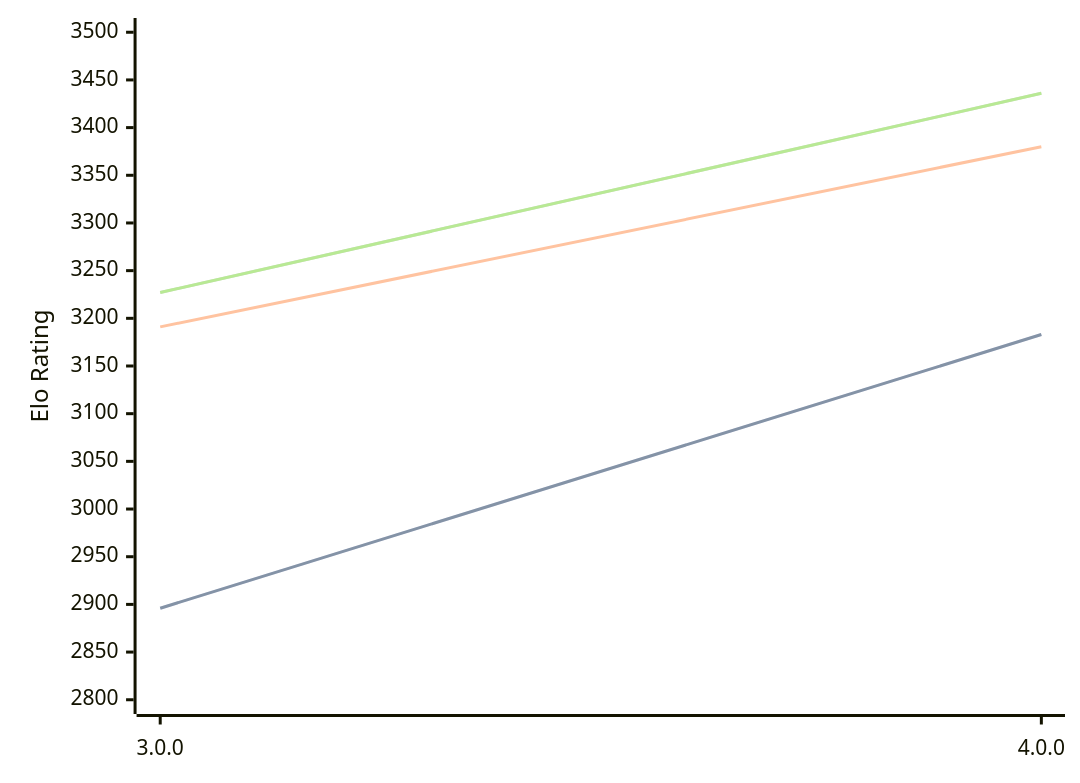
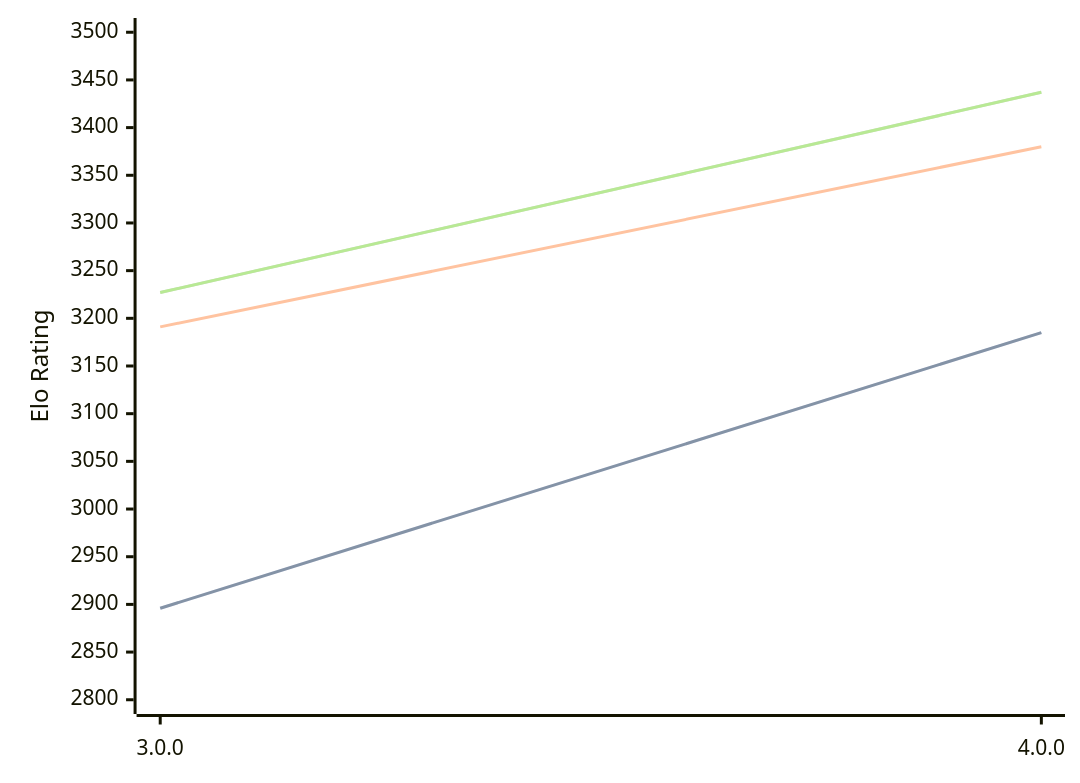
The diagram in engines/Avalanche.md (computer-chess-index/cci), drawn with Mermaid before and after one commit. The commit also changed other lines of this file, not shown here.

Commit message:
Update CCI Ratings (ELO VLTC) - 2026-08-31

````diff
--- a/engines/Avalanche.md
+++ b/engines/Avalanche.md
@@ -32,11 +32,11 @@
 ```mermaid
 %%{init: {"theme":"base","themeVariables":{"seriesColors:['#a3a3a3','#222221','#faa371']}}}%%
 xychart-beta
   x-axis ["3.0.0", "4.0.0"]
   y-axis "Elo Rating" 2800 --> 3500
-  line "" [2896, 3183]
-  line "STC (8.0+0.08s)" [2896, 3183]
+  line "" [2896, 3185]
+  line "STC (8.0+0.08s)" [2896, 3185]
   line "LTC (60.0+0.60s)" [3191, 3380]
-  line "" [3227, 3436]
-  line "VLTC (2m24s+1.12s)" [3227, 3436]
+  line "" [3227, 3437]
+  line "VLTC (2m24s+1.12s)" [3227, 3437]
 ```
````
